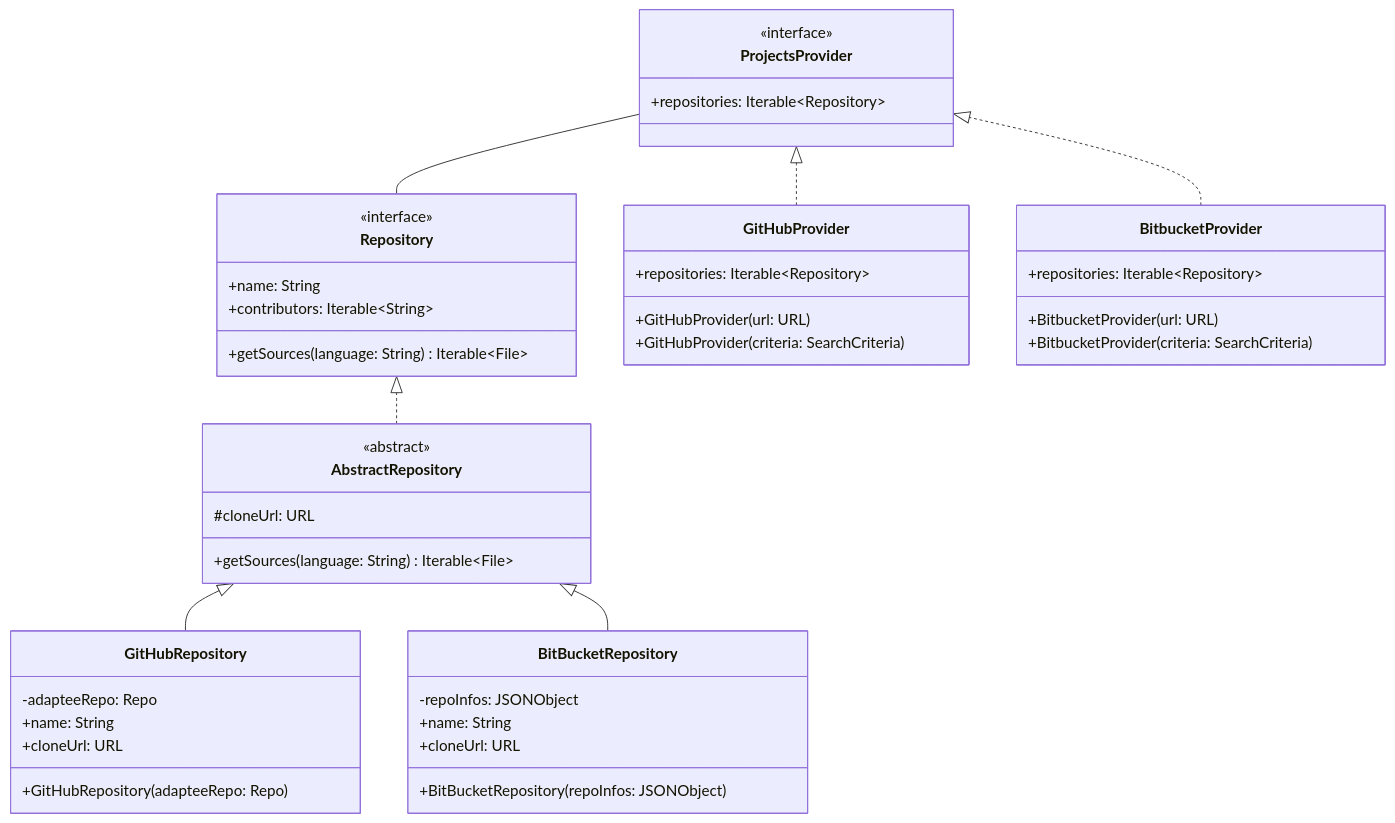
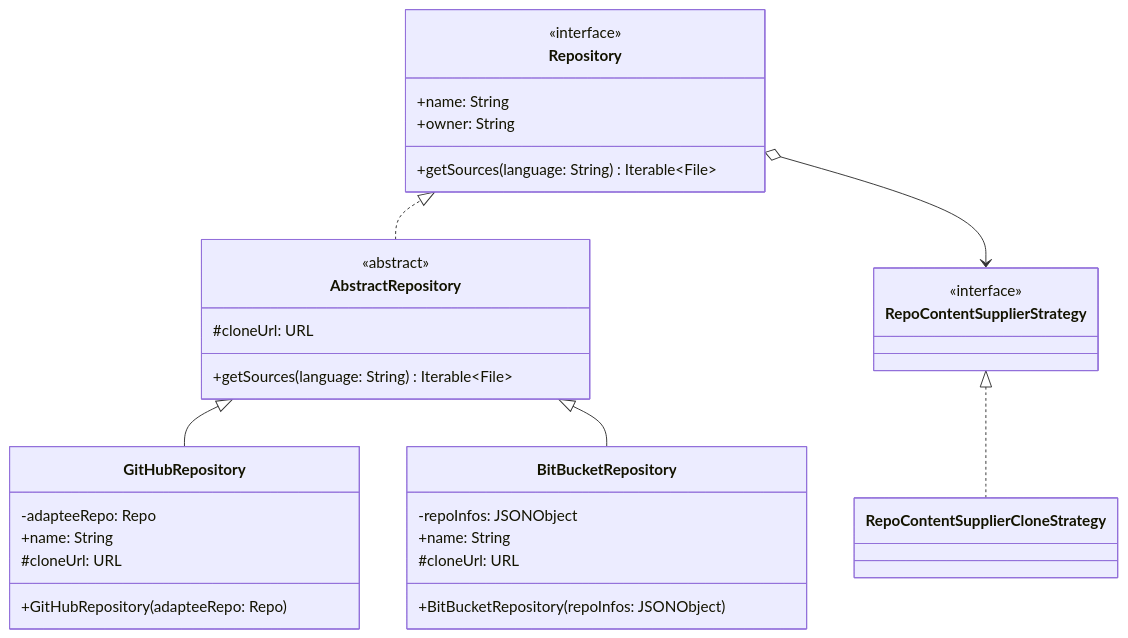
Before and after one commit to tassiLuca/code-plagiarism-detector-doc: the fourth of 8 diagrams in doc.md, drawn with Mermaid. The commit also changed other lines of this file, not shown here.

````diff
--- a/doc.md
+++ b/doc.md
@@ -113,50 +143,37 @@
 ```mermaid
 classDiagram
     direction BT
-
-    class ProjectsProvider {
-        <<interface>>
-        +repositories: Iterable~Repository~
-    }
-
     class Repository {
         <<interface>>
         +name: String
-        +contributors: Iterable~String~
+        +owner: String
         +getSources(language: String) Iterable~File~
     }
     class AbstractRepository {
         <<abstract>>
         #cloneUrl: URL
         +getSources(language: String) Iterable~File~
     }
     AbstractRepository ..|> Repository
     class GitHubRepository {
         -adapteeRepo: Repo
         +name: String
-        +cloneUrl: URL
+        #cloneUrl: URL
         +GitHubRepository(adapteeRepo: Repo)
     }
     class BitBucketRepository {
         -repoInfos: JSONObject
         +name: String
-        +cloneUrl: URL
+        #cloneUrl: URL
         +BitBucketRepository(repoInfos: JSONObject)
     }
     GitHubRepository --|> AbstractRepository
     BitBucketRepository --|> AbstractRepository
-    Repository -- ProjectsProvider
 
-    class GitHubProvider {
-        +GitHubProvider(url: URL)
-        +GitHubProvider(criteria: SearchCriteria)
-        +repositories: Iterable~Repository~
+    class RepoContentSupplierStrategy {
+        <<interface>>
     }
-    class BitbucketProvider {
-        +BitbucketProvider(url: URL)
-        +BitbucketProvider(criteria: SearchCriteria)
-        +repositories: Iterable~Repository~
-    }
-    GitHubProvider ..|> ProjectsProvider
-    BitbucketProvider ..|> ProjectsProvider
+    RepoContentSupplierStrategy <--o Repository
+    class RepoContentSupplierCloneStrategy 
+    RepoContentSupplierCloneStrategy ..|> RepoContentSupplierStrategy
 ```
````
